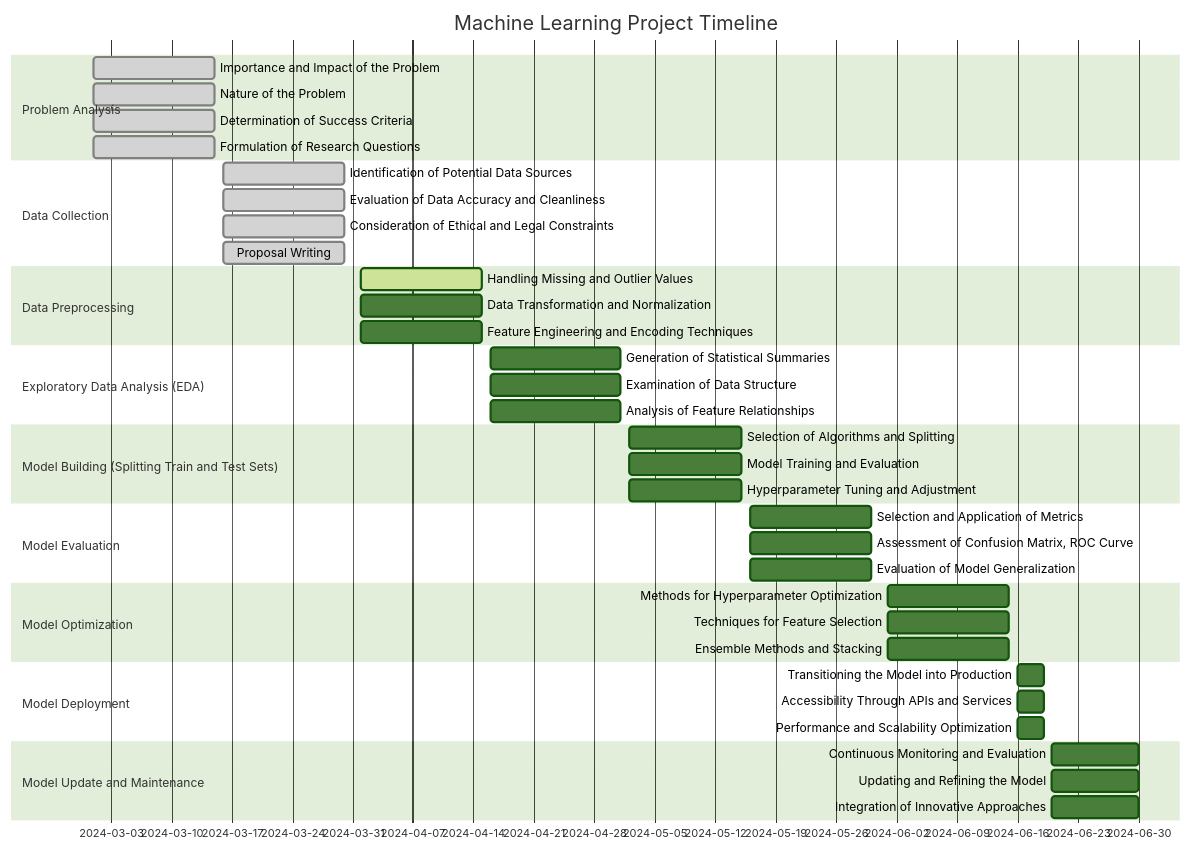
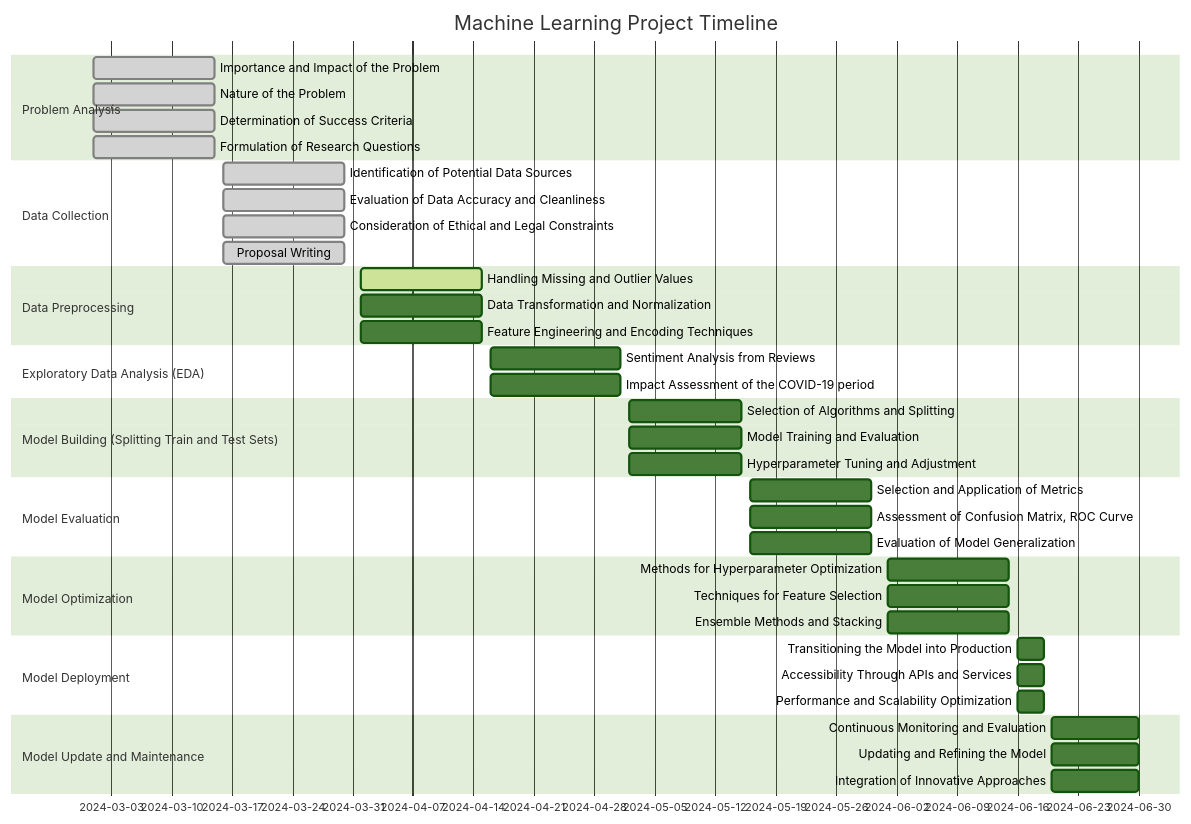
Before and after one commit to BILGI-IE-423/ie423-2024-termproject-codecharmers: the diagram in README.md, drawn with Mermaid (forest theme).

````diff
--- a/README.md
+++ b/README.md
@@ -105,53 +105,52 @@
 ```mermaid
 gantt
     title Machine Learning Project Timeline
 
     dateFormat  YYYY-MM-DD
     section Problem Analysis
     Importance and Impact of the Problem        :done,    p1, 2024-03-01, 2024-03-15
     Nature of the Problem                       :done,    p2, 2024-03-01, 2024-03-15
     Determination of Success Criteria           :done,    p3, 2024-03-01, 2024-03-15
     Formulation of Research Questions           :done,    p4, 2024-03-01, 2024-03-15
 
     section Data Collection
     Identification of Potential Data Sources    :done,    d1, 2024-03-16, 2024-03-30
     Evaluation of Data Accuracy and Cleanliness :done,    d2, 2024-03-16, 2024-03-30
     Consideration of Ethical and Legal Constraints :done, d3, 2024-03-16, 2024-03-30
     Proposal Writing                            :done,    d4, 2024-03-16, 2024-03-30
 
     section Data Preprocessing
     Handling Missing and Outlier Values         :active,  dp1, 2024-04-01, 2024-04-15
     Data Transformation and Normalization       :         dp2, 2024-04-01, 2024-04-15
     Feature Engineering and Encoding Techniques :         dp3, 2024-04-01, 2024-04-15
 
     section Exploratory Data Analysis (EDA)
-    Generation of Statistical Summaries         :         eda1, 2024-04-16, 2024-05-01
-    Examination of Data Structure               :         eda2, 2024-04-16, 2024-05-01
-    Analysis of Feature Relationships           :         eda3, 2024-04-16, 2024-05-01
+    Sentiment Analysis from Reviews             :         eda1, 2024-04-16, 2024-05-01
+    Impact Assessment of the COVID-19 period    :         eda2, 2024-04-16, 2024-05-01
 
     section Model Building (Splitting Train and Test Sets)
     Selection of Algorithms and Splitting      :         mb1, 2024-05-02, 2024-05-15
     Model Training and Evaluation              :         mb2, 2024-05-02, 2024-05-15
     Hyperparameter Tuning and Adjustment       :         mb3, 2024-05-02, 2024-05-15
 
     section Model Evaluation
     Selection and Application of Metrics       :         me1, 2024-05-16, 2024-05-30
     Assessment of Confusion Matrix, ROC Curve  :         me2, 2024-05-16, 2024-05-30
     Evaluation of Model Generalization         :         me3, 2024-05-16, 2024-05-30
 
     section Model Optimization
     Methods for Hyperparameter Optimization    :         mo1, 2024-06-01, 2024-06-15
     Techniques for Feature Selection           :         mo2, 2024-06-01, 2024-06-15
     Ensemble Methods and Stacking              :         mo3, 2024-06-01, 2024-06-15
 
     section Model Deployment
     Transitioning the Model into Production   :         md1, 2024-06-16, 2024-06-19
     Accessibility Through APIs and Services   :         md2, 2024-06-16, 2024-06-19
     Performance and Scalability Optimization :         md3, 2024-06-16, 2024-06-19
 
     section Model Update and Maintenance
     Continuous Monitoring and Evaluation     :         mu1, 2024-06-20, 2024-06-30
     Updating and Refining the Model          :         mu2, 2024-06-20, 2024-06-30
     Integration of Innovative Approaches     :         mu3, 2024-06-20, 2024-06-30
 
    ```
````
